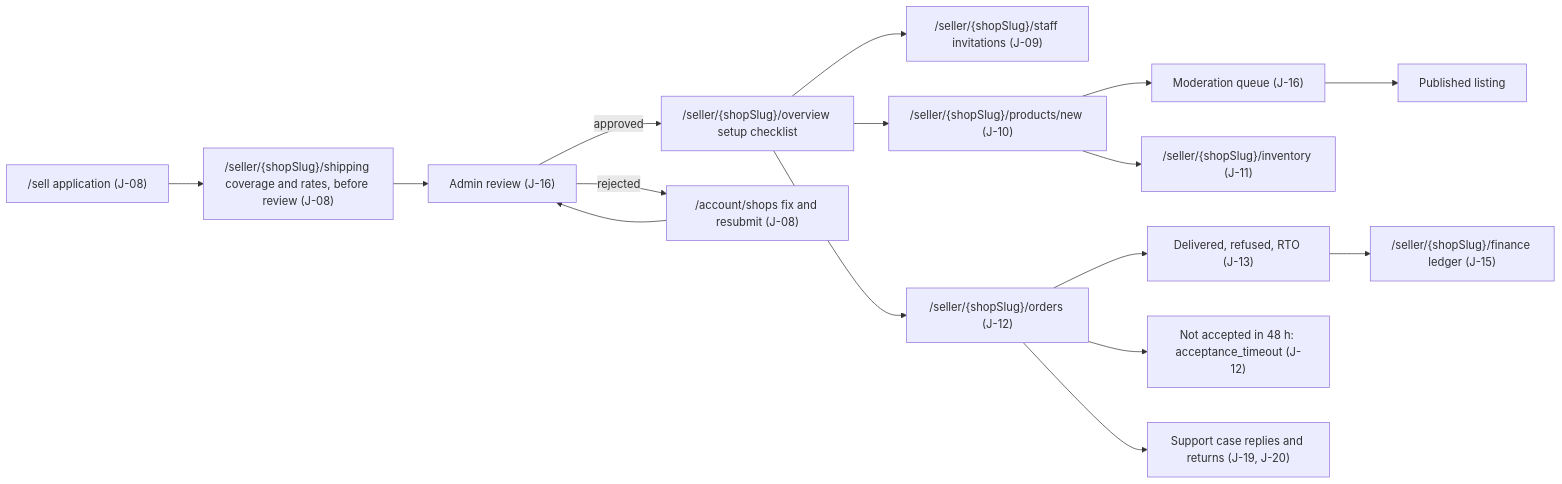
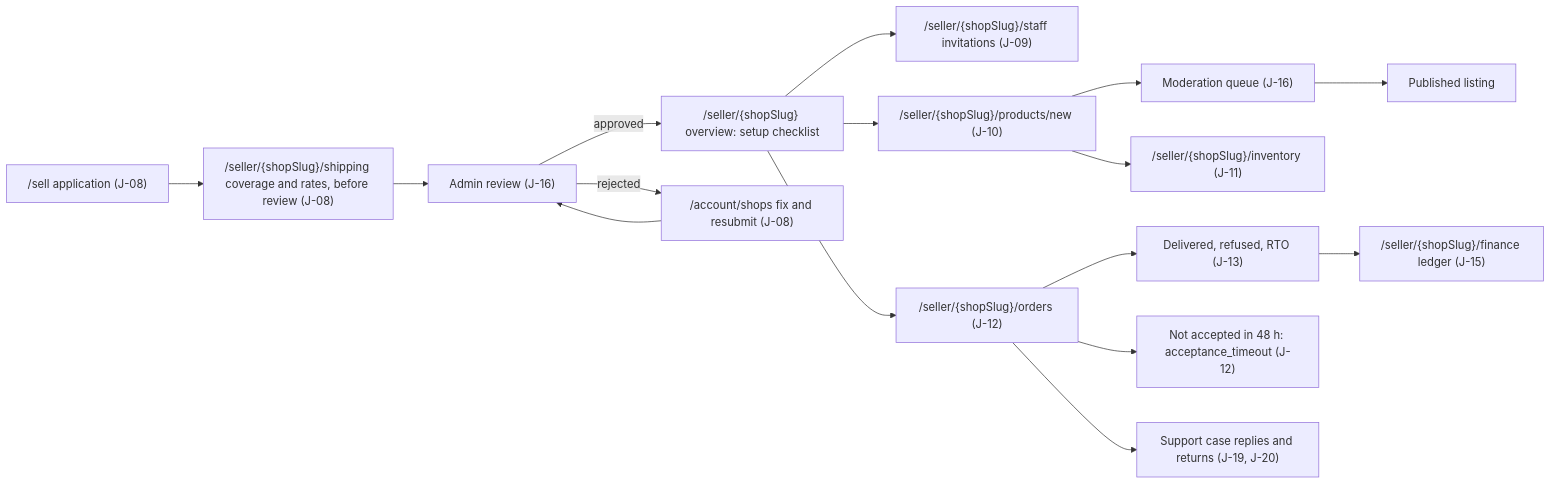
The second of 6 diagrams in docs/02-user-journeys-and-acceptance-criteria.md (harublank0-0/drip-nepal), drawn with Mermaid before and after one commit. The commit also changed other lines of this file and 69 other files, not shown here.

First line of the commit message:
feat(shops): the owner's shop and the seller shell (R1-S part 1a) (#226)

````diff
--- a/docs/02-user-journeys-and-acceptance-criteria.md
+++ b/docs/02-user-journeys-and-acceptance-criteria.md
@@ -181,18 +181,18 @@
 ```mermaid
 flowchart LR
   APP["/sell application (J-08)"] --> SHIP["/seller/{shopSlug}/shipping coverage and rates, before review (J-08)"]
   SHIP --> REV["Admin review (J-16)"]
-  REV -->|"approved"| OV["/seller/{shopSlug}/overview setup checklist"]
+  REV -->|"approved"| OV["/seller/{shopSlug} overview: setup checklist"]
   REV -->|"rejected"| FIX["/account/shops fix and resubmit (J-08)"]
   FIX --> REV
   OV --> STAFF["/seller/{shopSlug}/staff invitations (J-09)"]
   OV --> PR["/seller/{shopSlug}/products/new (J-10)"]
   PR --> MOD["Moderation queue (J-16)"]
   MOD --> PUB["Published listing"]
   PR --> INV["/seller/{shopSlug}/inventory (J-11)"]
   OV --> ORD["/seller/{shopSlug}/orders (J-12)"]
   ORD --> OUT["Delivered, refused, RTO (J-13)"]
   ORD --> TO["Not accepted in 48 h: acceptance_timeout (J-12)"]
   OUT --> FIN["/seller/{shopSlug}/finance ledger (J-15)"]
   ORD --> CASE["Support case replies and returns (J-19, J-20)"]
 ```
````
